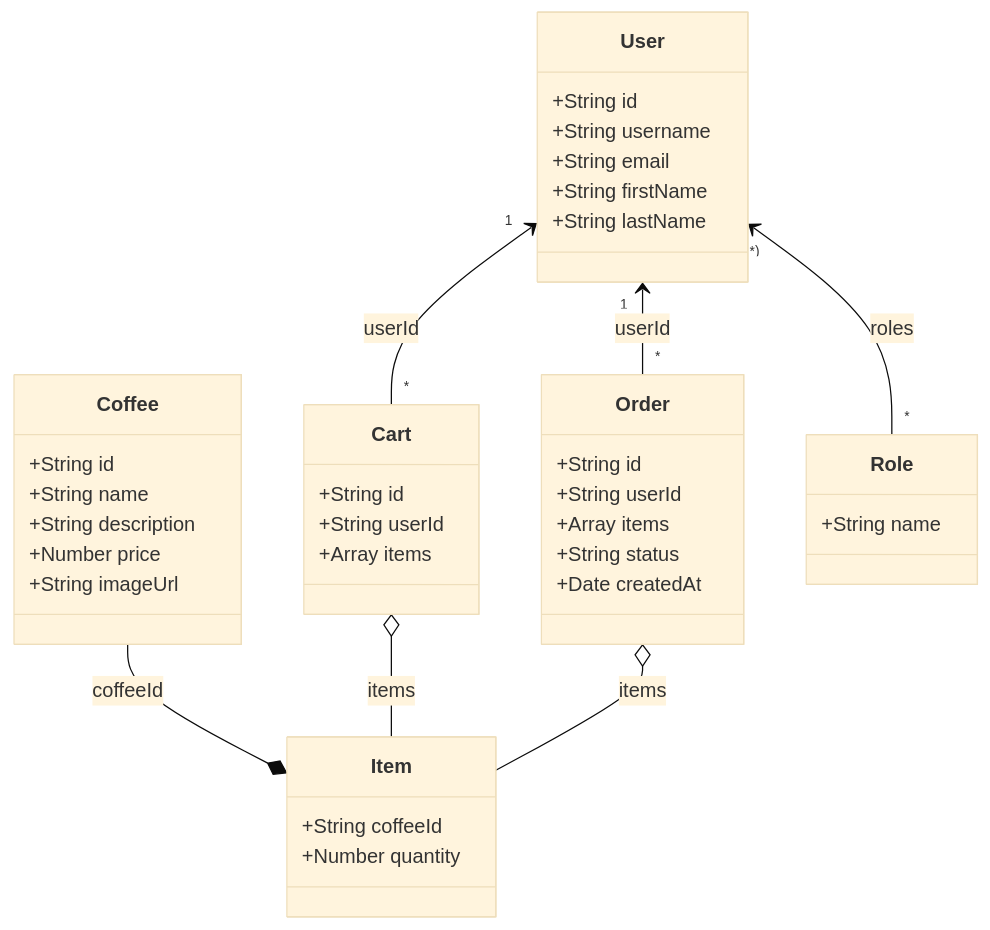
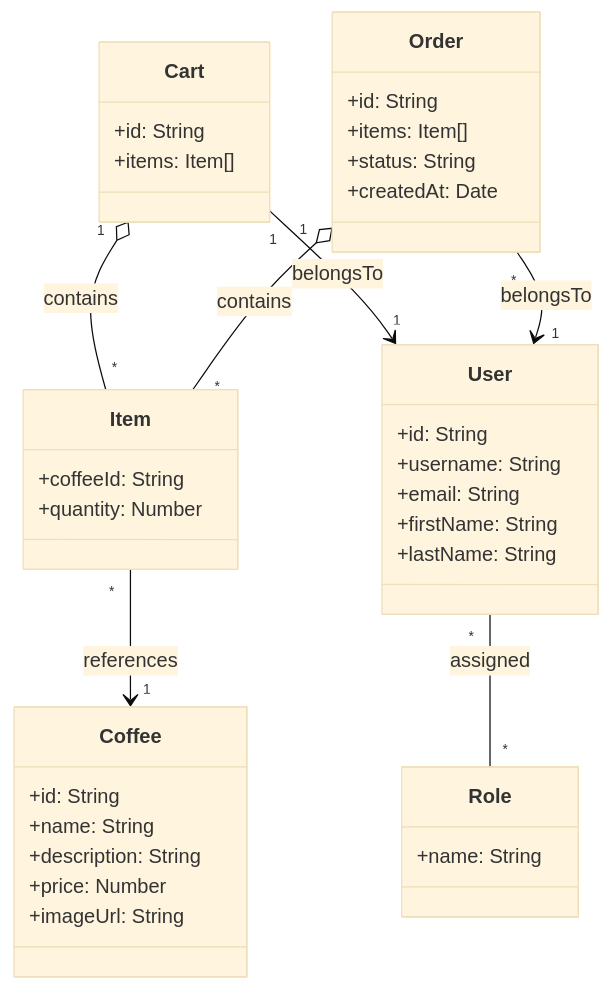
The first of 3 diagrams in README.md (Nishu2000-hub/MyBlog), drawn with Mermaid (base theme) before and after one commit.

````diff
--- a/README.md
+++ b/README.md
@@ -2,49 +2,48 @@
 ```mermaid
 classDiagram
-    %% Feature 3: Basic Coffee model
+    %% Core Coffee model (Feature 3)
     class Coffee {
-      +String id
-      +String name
-      +String description
-      +Number price
-      +String imageUrl
+      +id: String
+      +name: String
+      +description: String
+      +price: Number
+      +imageUrl: String
     }
 
-    %% Feature 4: Add Cart & Order
+    %% Cart & Order added (Feature 4)
     class Item {
-      +String coffeeId
-      +Number quantity
+      +coffeeId: String
+      +quantity: Number
     }
     class Cart {
-      +String id
-      +String userId
-      +Array<Item> items
+      +id: String
+      +items: Item[]
     }
     class Order {
-      +String id
-      +String userId
-      +Array<Item> items
-      +String status
-      +Date createdAt
+      +id: String
+      +items: Item[]
+      +status: String
+      +createdAt: Date
     }
 
-    %% Feature 5: Add Auth (User & Role)
+    %% Authentication & Roles added (Feature 5)
     class User {
-      +String id
-      +String username
-      +String email
-      +String firstName
-      +String lastName
+      +id: String
+      +username: String
+      +email: String
+      +firstName: String
+      +lastName: String
     }
     class Role {
-      +String name
+      +name: String
     }
 
     %% Relationships
-    Coffee --* Item         : coffeeId
-    Cart o-- Item           : items
-    Order o-- Item          : items
-    User "1" <-- "*" Cart   : userId
-    User "1" <-- "*" Order  : userId
-    User "*)" <-- "*" Role  : roles
+    Cart "1" o-- "*" Item    : contains
+    Order "1" o-- "*" Item   : contains
+    Item "*" --> "1" Coffee  : references
+    Cart "1" --> "1" User    : belongsTo
+    Order "*" --> "1" User   : belongsTo
+    User "*" -- "*" Role     : assigned
+
 ```
````
